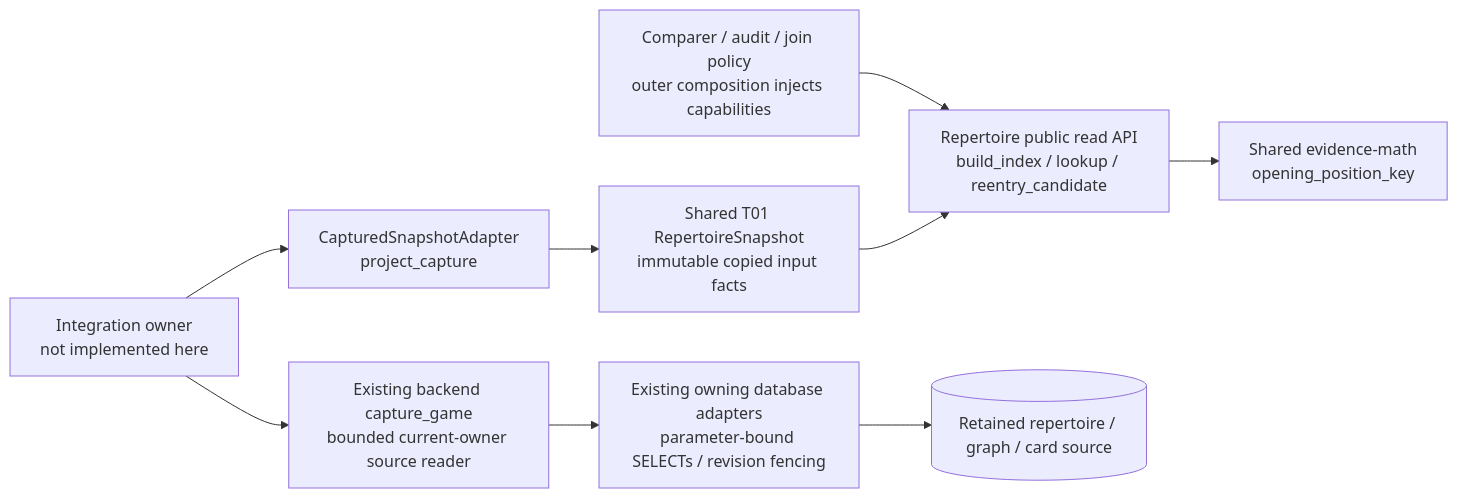
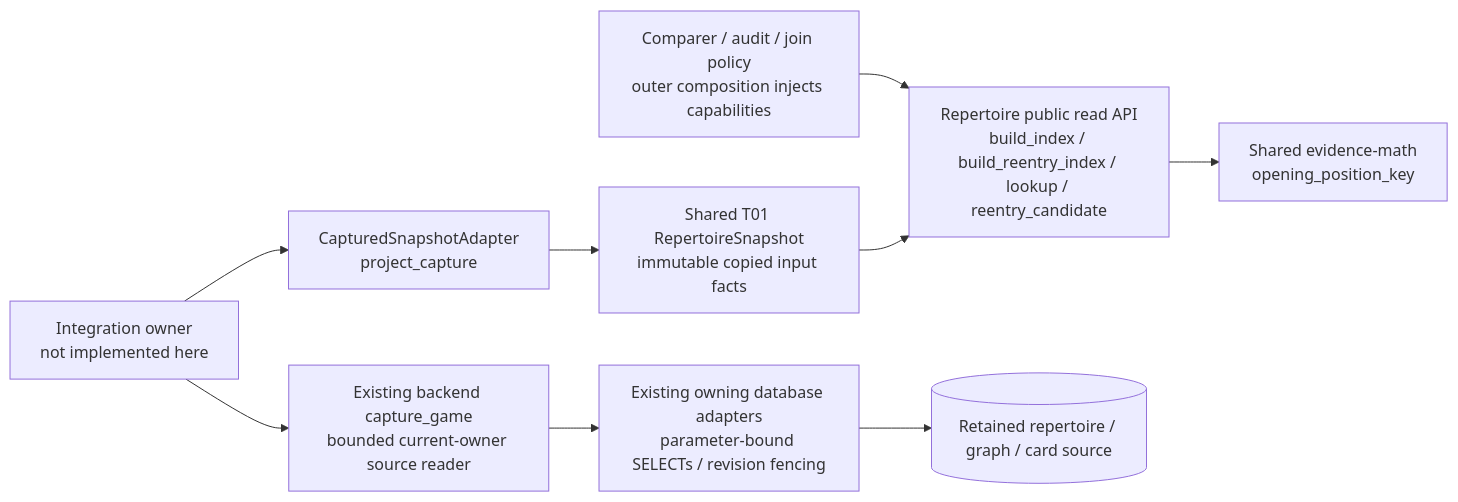
The first of 3 diagrams in backend/app/repertoire/README.md (aaweaver-actuary/tempo), drawn with Mermaid before and after one commit. The commit also changed other lines of this file and 5 other files, not shown here.

Commit message:
Skip reentry index without explicit anchors

````diff
--- a/backend/app/repertoire/README.md
+++ b/backend/app/repertoire/README.md
@@ -41,11 +42,11 @@
 ```mermaid
 flowchart LR
-  Caller["Comparer / audit / join policy\nouter composition injects capabilities"] --> API["Repertoire public read API\nbuild_index / lookup / reentry_candidate"]
+  Caller["Comparer / audit / join policy\nouter composition injects capabilities"] --> API["Repertoire public read API\nbuild_index / build_reentry_index / lookup / reentry_candidate"]
   DTO["Shared T01 RepertoireSnapshot\nimmutable copied input facts"] --> API
   API --> Math["Shared evidence-math\nopening_position_key"]
   Compose["Integration owner\nnot implemented here"] --> Adapter["CapturedSnapshotAdapter\nproject_capture"]
   Adapter --> DTO
   Compose --> Capture["Existing backend capture_game\nbounded current-owner source reader"]
   Capture --> DB["Existing owning database adapters\nparameter-bound SELECTs / revision fencing"]
   DB --> Store[("Retained repertoire / graph / card source")]
 ```
````
